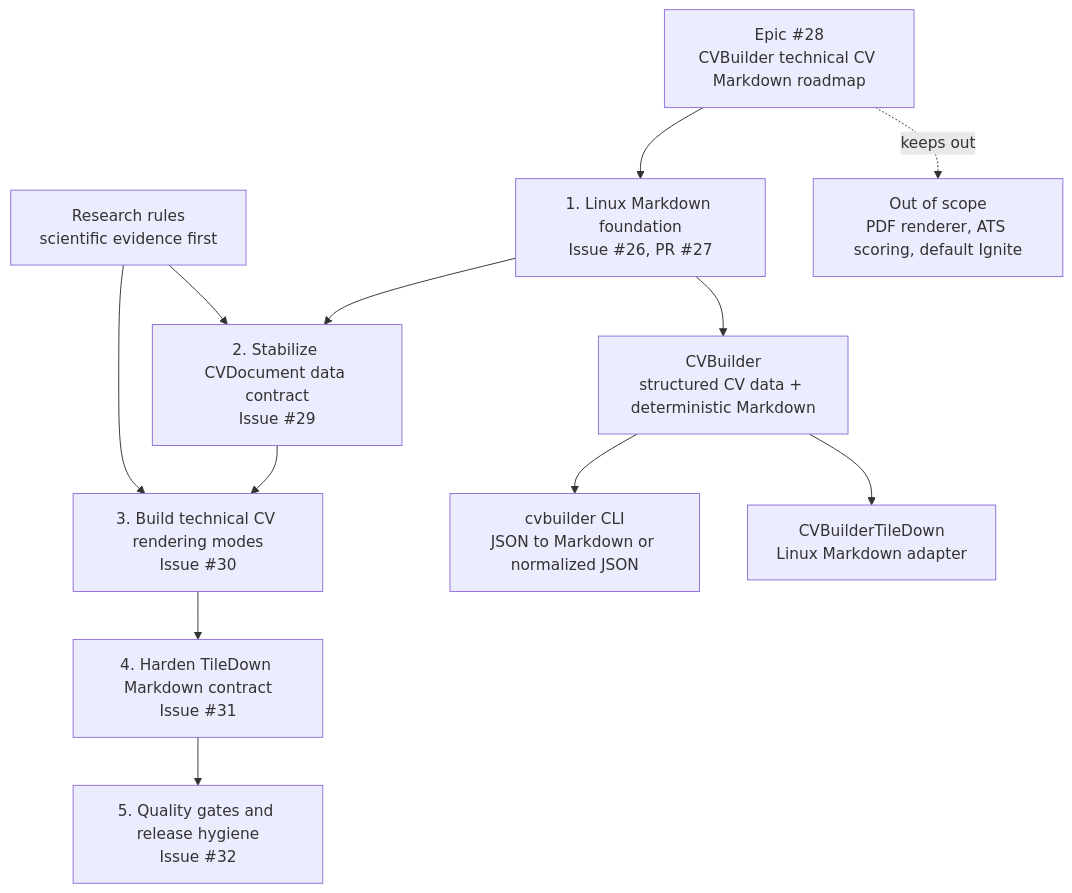
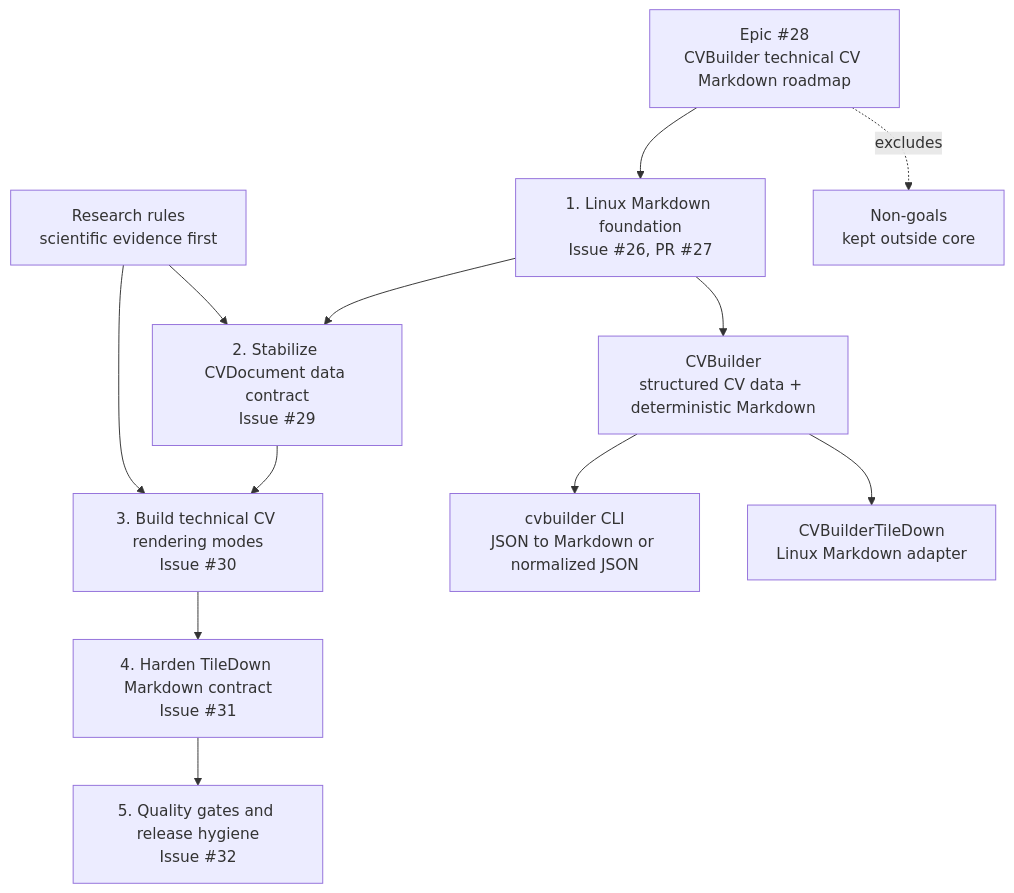
The diagram in README.md (mihaelamj/cvbuilder), drawn with Mermaid before and after one commit. The commit also changed other lines of this file, not shown here.

````diff
--- a/README.md
+++ b/README.md
@@ -33,23 +192,23 @@
 ```mermaid
 flowchart TD
     Epic["Epic #28<br/>CVBuilder technical CV Markdown roadmap"]
     Phase1["1. Linux Markdown foundation<br/>Issue #26, PR #27"]
     Phase2["2. Stabilize CVDocument data contract<br/>Issue #29"]
     Phase3["3. Build technical CV rendering modes<br/>Issue #30"]
     Phase4["4. Harden TileDown Markdown contract<br/>Issue #31"]
     Phase5["5. Quality gates and release hygiene<br/>Issue #32"]
 
     Core["CVBuilder<br/>structured CV data + deterministic Markdown"]
     CLI["cvbuilder CLI<br/>JSON to Markdown or normalized JSON"]
     TileDown["CVBuilderTileDown<br/>Linux Markdown adapter"]
     Research["Research rules<br/>scientific evidence first"]
-    Out["Out of scope<br/>PDF renderer, ATS scoring, default Ignite"]
+    NonGoals["Non-goals<br/>kept outside core"]
 
     Epic --> Phase1 --> Phase2 --> Phase3 --> Phase4 --> Phase5
     Research --> Phase2
     Research --> Phase3
     Phase1 --> Core
     Core --> CLI
     Core --> TileDown
-    Epic -. keeps out .-> Out
+    Epic -. excludes .-> NonGoals
 ```
````
